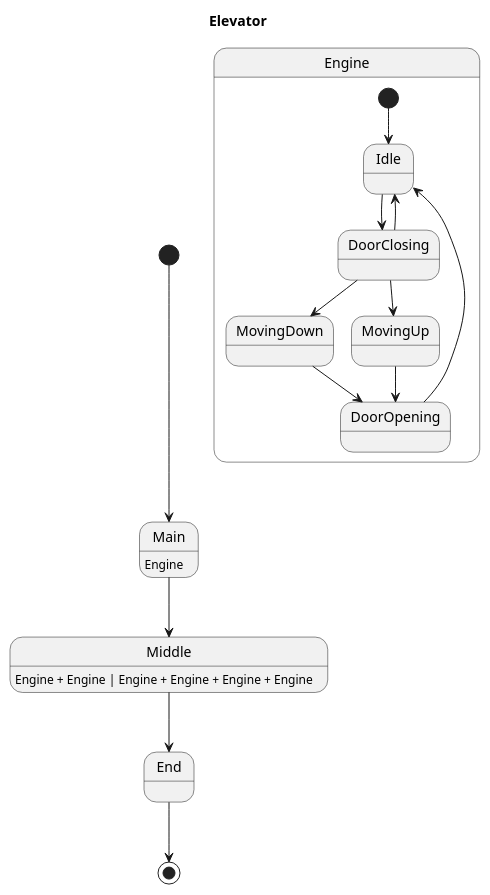
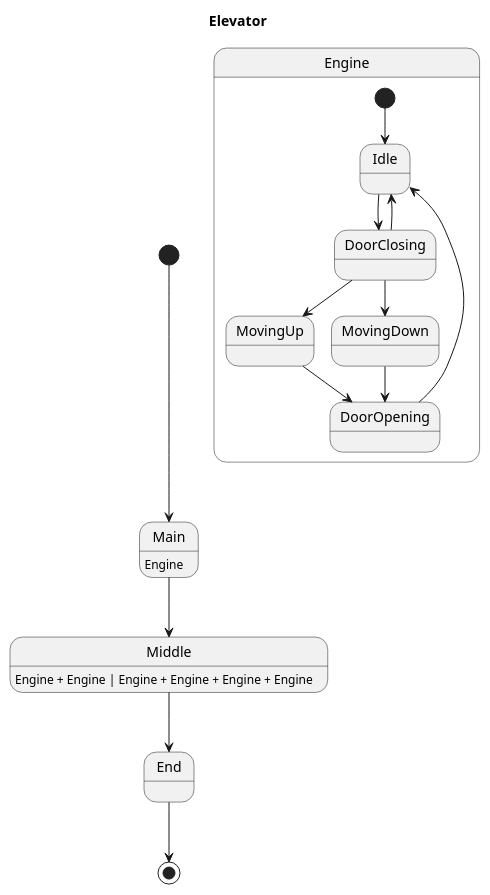
The diagram in examples/generated/plantuml/elevator.puml (Pastor/Takt), drawn with PlantUML before and after one commit. The commit also changed other lines of this file and 9 other files, not shown here.

```diff
--- a/examples/generated/plantuml/elevator.puml
+++ b/examples/generated/plantuml/elevator.puml
@@ -1,22 +1,22 @@
 @startuml
 title Elevator
 
 [*] --> Main
+End --> [*]
 Main : Engine
 Main --> Middle
-End --> [*]
 Middle : Engine + Engine | Engine + Engine + Engine + Engine
 Middle --> End
 
 state Engine {
     [*] --> Idle
-    MovingDown --> DoorOpening
-    Idle --> DoorClosing
     DoorClosing --> Idle
     DoorClosing --> MovingUp
     DoorClosing --> MovingDown
+    DoorOpening --> Idle
+    Idle --> DoorClosing
+    MovingDown --> DoorOpening
     MovingUp --> DoorOpening
-    DoorOpening --> Idle
 }
 
 @enduml
```
